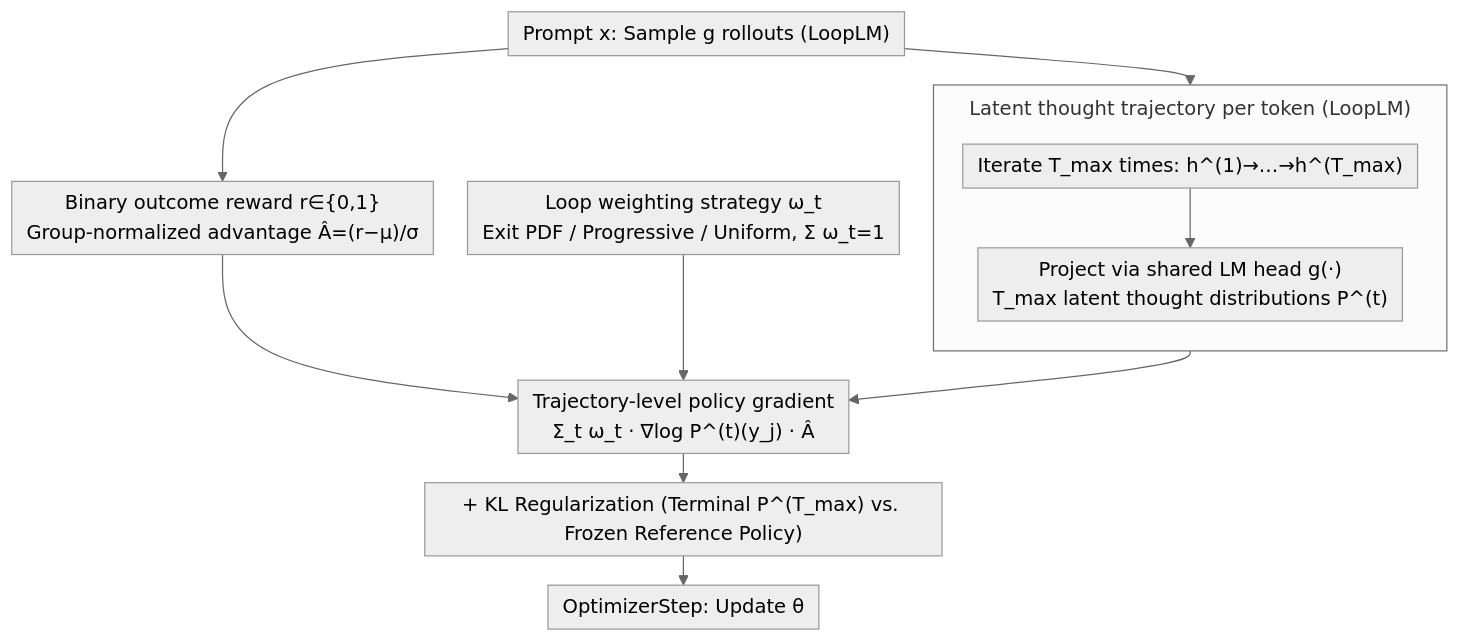
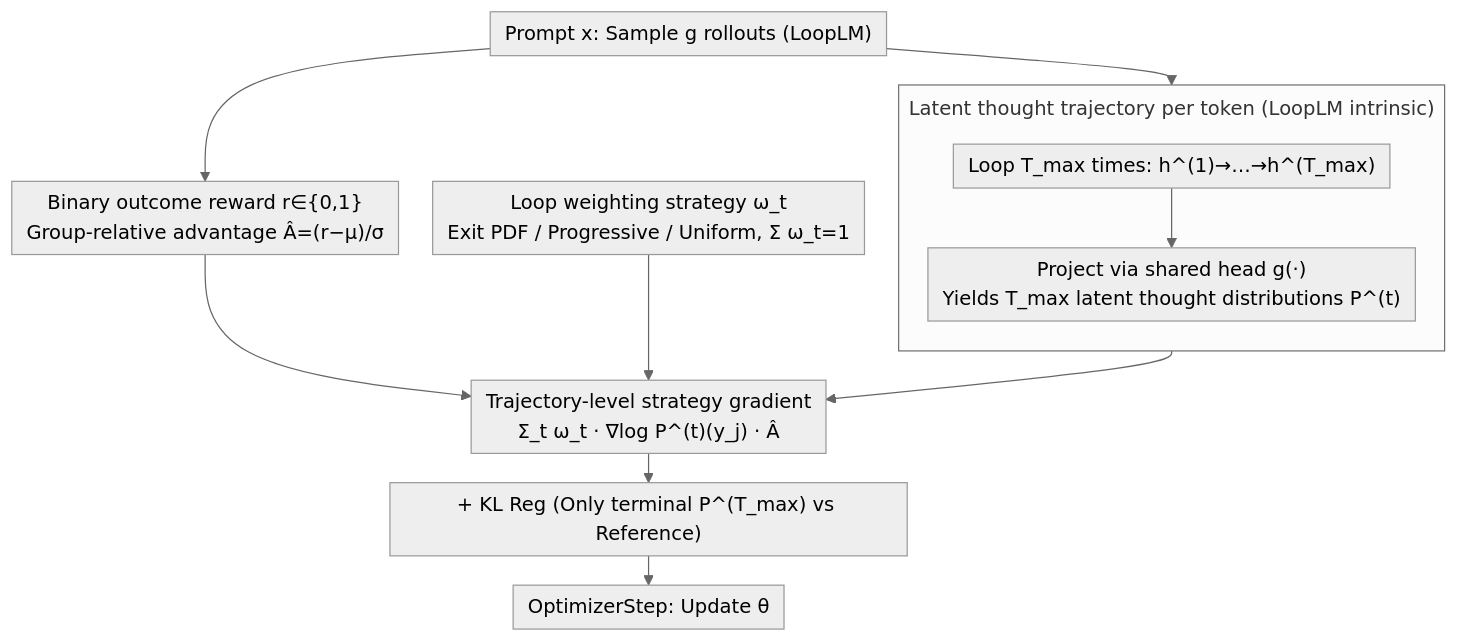
The diagram in docs/ICML2026/llm_reasoning/prioritize_the_process_not_just_the_outcome_rewarding_latent_thought_trajectorie.md (zhaoyang97/Paper-Notes-en), drawn with Mermaid (neutral theme) before and after one commit. The commit also changed other lines of this file and 5084 other files, not shown here.

````diff
--- a/docs/ICML2026/llm_reasoning/prioritize_the_process_not_just_the_outcome_rewarding_latent_thought_trajectorie.md
+++ b/docs/ICML2026/llm_reasoning/prioritize_the_process_not_just_the_outcome_rewarding_latent_thought_trajectorie.md
@@ -44,16 +44,16 @@
 ```mermaid
 %%{init: {'flowchart': {'rankSpacing': 24, 'nodeSpacing': 28, 'padding': 6, 'wrappingWidth': 400, 'subGraphTitleMargin': {'top': 8, 'bottom': 16}}}}%%
 flowchart TD
-    A["Prompt x: Sample g rollouts (LoopLM)"] --> B["Binary outcome reward r∈{0,1}<br/>Group-normalized advantage Â=(r−μ)/σ"]
+    A["Prompt x: Sample g rollouts (LoopLM)"] --> B["Binary outcome reward r∈{0,1}<br/>Group-relative advantage Â=(r−μ)/σ"]
     A --> C
-    subgraph C["Latent thought trajectory per token (LoopLM)"]
+    subgraph C["Latent thought trajectory per token (LoopLM intrinsic)"]
         direction TB
-        C1["Iterate T_max times: h^(1)→…→h^(T_max)"] --> C2["Project via shared LM head g(·)<br/>T_max latent thought distributions P^(t)"]
+        C1["Loop T_max times: h^(1)→…→h^(T_max)"] --> C2["Project via shared head g(·)<br/>Yields T_max latent thought distributions P^(t)"]
     end
     W["Loop weighting strategy ω_t<br/>Exit PDF / Progressive / Uniform, Σ ω_t=1"]
     B --> D
     C --> D
     W --> D
-    D["Trajectory-level policy gradient<br/>Σ_t ω_t · ∇log P^(t)(y_j) · Â"] --> E["+ KL Regularization (Terminal P^(T_max) vs. Frozen Reference Policy)"]
+    D["Trajectory-level strategy gradient<br/>Σ_t ω_t · ∇log P^(t)(y_j) · Â"] --> E["+ KL Reg (Only terminal P^(T_max) vs Reference)"]
     E --> F["OptimizerStep: Update θ"]
 ```
````
